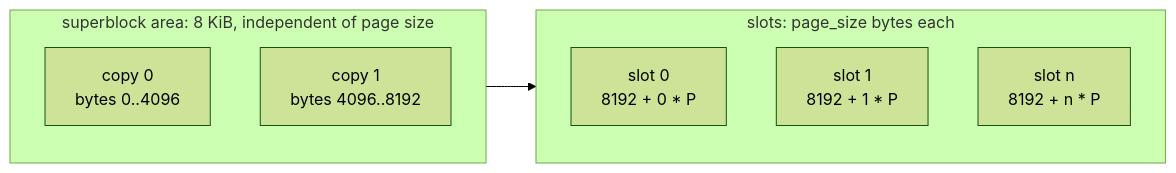
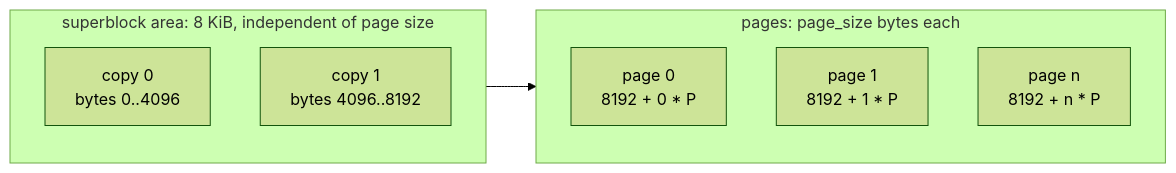
The first of 2 diagrams in docs/plans/0017-bf-tree-store-format.md (raydatray/peppydb), drawn with Mermaid (forest theme) before and after one commit. The commit also changed other lines of this file and 5 other files, not shown here.

````diff
--- a/docs/plans/0017-bf-tree-store-format.md
+++ b/docs/plans/0017-bf-tree-store-format.md
@@ -56,13 +60,13 @@
 ```mermaid
 flowchart LR
     subgraph area["superblock area: 8 KiB, independent of page size"]
         A["copy 0<br/>bytes 0..4096"]
         B["copy 1<br/>bytes 4096..8192"]
     end
-    subgraph slots["slots: page_size bytes each"]
-        S0["slot 0<br/>8192 + 0 * P"]
-        S1["slot 1<br/>8192 + 1 * P"]
-        Sn["slot n<br/>8192 + n * P"]
+    subgraph pages["pages: page_size bytes each"]
+        S0["page 0<br/>8192 + 0 * P"]
+        S1["page 1<br/>8192 + 1 * P"]
+        Sn["page n<br/>8192 + n * P"]
     end
-    area --> slots
+    area --> pages
 ```
````
